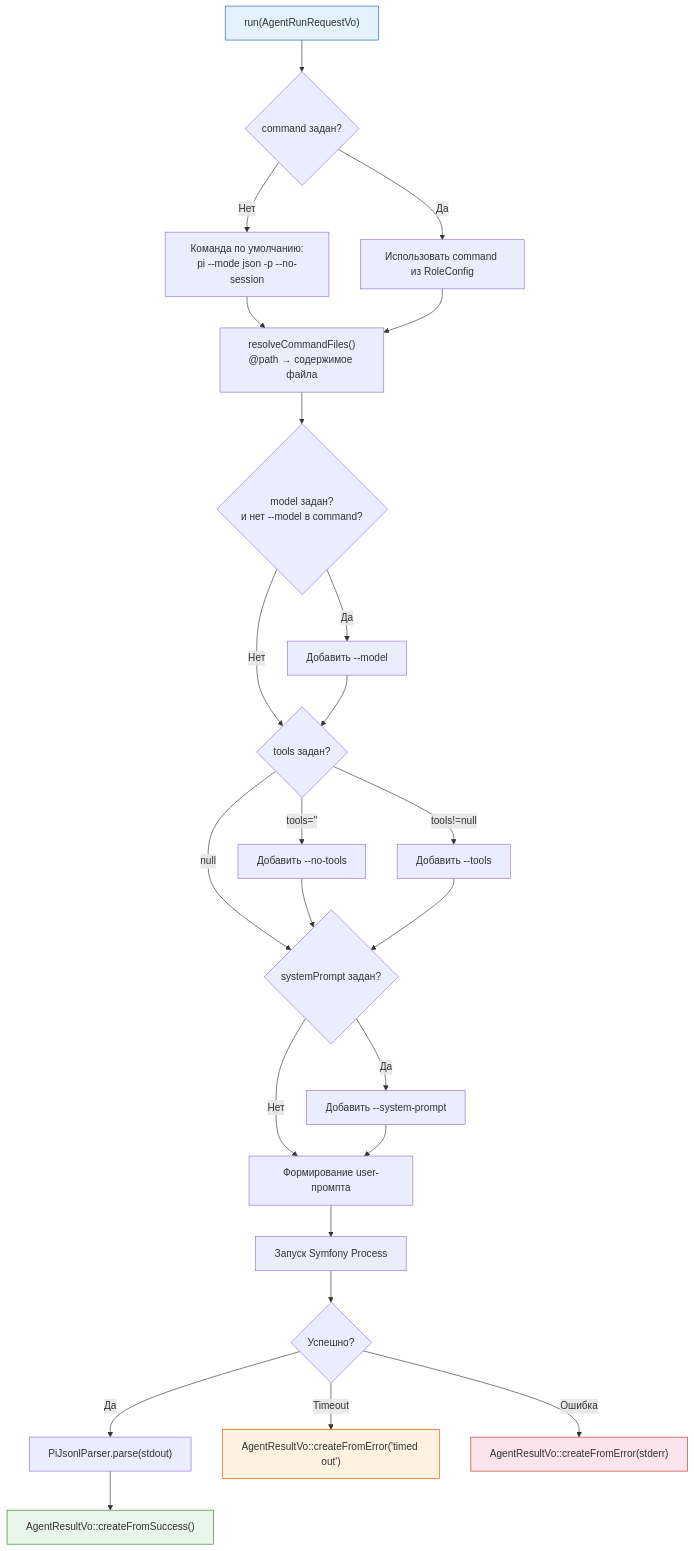
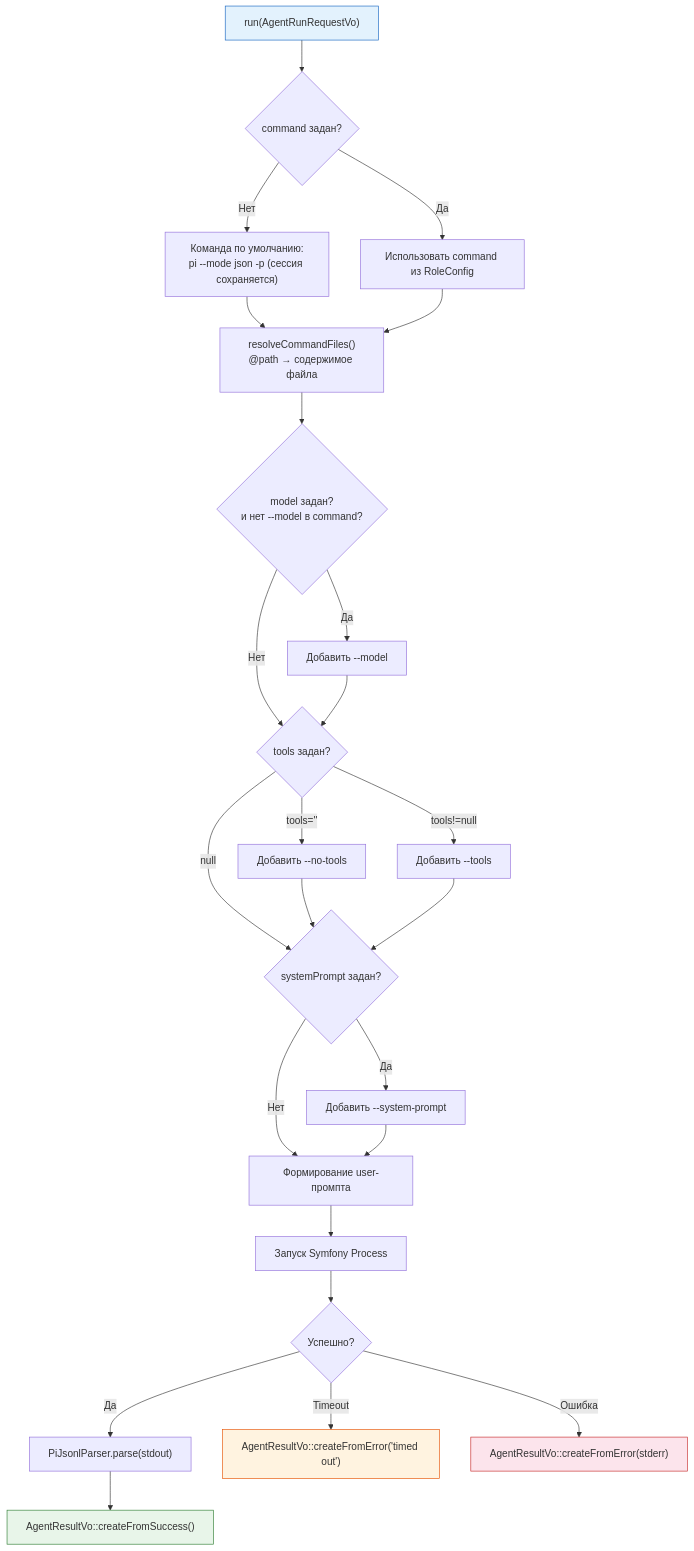
Before and after one commit to prikotov/task-orchestrator: the ninth of 9 diagrams in docs/guide/diagrams.md, drawn with Mermaid. The commit also changed 9 other files, not shown here.

````diff
--- a/docs/guide/diagrams.md
+++ b/docs/guide/diagrams.md
@@ -573,31 +573,31 @@
 ```mermaid
 flowchart TD
     A["run(AgentRunRequestVo)"] --> B{"command задан?"}
-    B -->|Нет| C["Команда по умолчанию:<br/>pi --mode json -p --no-session"]
+    B -->|Нет| C["Команда по умолчанию:<br/>pi --mode json -p (сессия сохраняется)"]
     B -->|Да| D["Использовать command из RoleConfig"]
     C --> E["resolveCommandFiles()<br/>@path → содержимое файла"]
     D --> E
     E --> F{"model задан?<br/>и нет --model в command?"}
     F -->|Да| G["Добавить --model"]
     F -->|Нет| H{"tools задан?"}
     G --> H
     H -->|"tools=''"| I["Добавить --no-tools"]
     H -->|"tools!=null"| J["Добавить --tools"]
     H -->|null| K{"systemPrompt задан?"}
     I --> K
     J --> K
     K -->|Да| L["Добавить --system-prompt"]
     K -->|Нет| M["Формирование user-промпта"]
     L --> M
     M --> N["Запуск Symfony Process"]
     N --> O{"Успешно?"}
     O -->|Да| P["PiJsonlParser.parse(stdout)"]
     P --> Q["AgentResultVo::createFromSuccess()"]
     O -->|Timeout| R["AgentResultVo::createFromError('timed out')"]
     O -->|Ошибка| S["AgentResultVo::createFromError(stderr)"]
 
     style A fill:#e3f2fd,stroke:#1565c0
     style Q fill:#e8f5e9,stroke:#2e7d32
     style R fill:#fff3e0,stroke:#e65100
     style S fill:#fce4ec,stroke:#c62828
 ```
````
